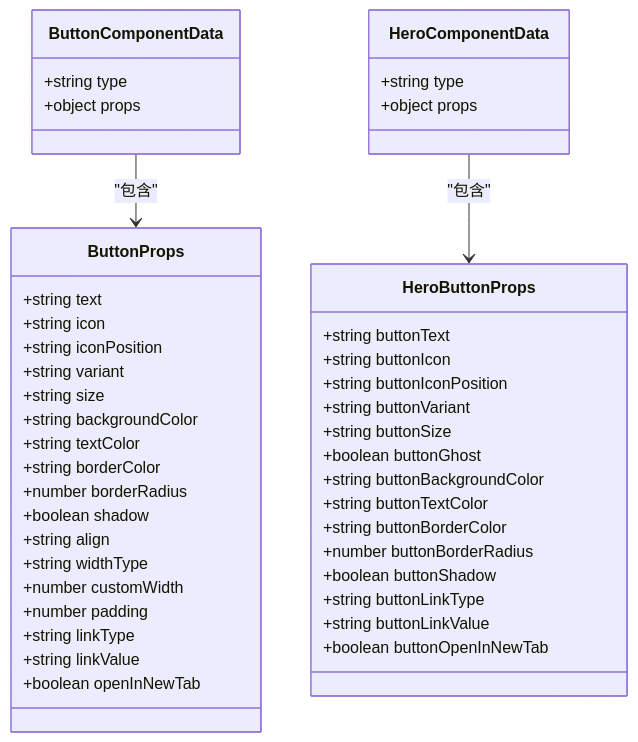
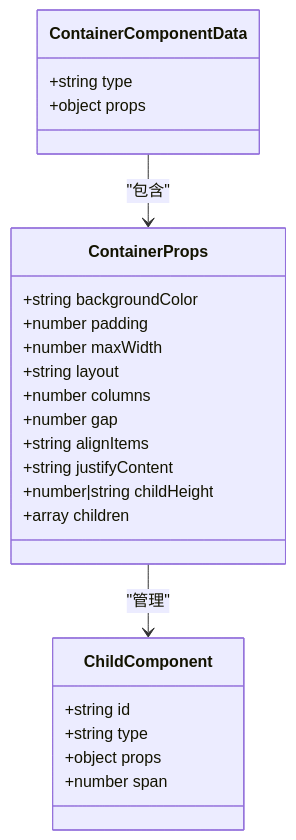
The sixth of 16 diagrams in .qoder/repowiki/zh/content/前端组件系统/组件库系统/组件通用配置.md (wyg5208/website_diy), drawn with Mermaid before and after one commit. The commit also changed other lines of this file and 109 other files, not shown here.

````diff
--- a/.qoder/repowiki/zh/content/前端组件系统/组件库系统/组件通用配置.md
+++ b/.qoder/repowiki/zh/content/前端组件系统/组件库系统/组件通用配置.md
@@ -317,48 +321,27 @@
 ```mermaid
 classDiagram
-class ButtonComponentData {
+class ContainerComponentData {
 +string type
 +object props
 }
-class ButtonProps {
-+string text
-+string icon
-+string iconPosition
-+string variant
-+string size
+class ContainerProps {
 +string backgroundColor
-+string textColor
-+string borderColor
-+number borderRadius
-+boolean shadow
-+string align
-+string widthType
-+number customWidth
 +number padding
-+string linkType
-+string linkValue
-+boolean openInNewTab
++number maxWidth
++string layout
++number columns
++number gap
++string alignItems
++string justifyContent
++number|string childHeight
++array children
 }
-class HeroComponentData {
+class ChildComponent {
++string id
 +string type
 +object props
++number span
 }
-class HeroButtonProps {
-+string buttonText
-+string buttonIcon
-+string buttonIconPosition
-+string buttonVariant
-+string buttonSize
-+boolean buttonGhost
-+string buttonBackgroundColor
-+string buttonTextColor
-+string buttonBorderColor
-+number buttonBorderRadius
-+boolean buttonShadow
-+string buttonLinkType
-+string buttonLinkValue
-+boolean buttonOpenInNewTab
-}
-ButtonComponentData --> ButtonProps : "包含"
-HeroComponentData --> HeroButtonProps : "包含"
+ContainerComponentData --> ContainerProps : "包含"
+ContainerProps --> ChildComponent : "管理"
 ```
````
